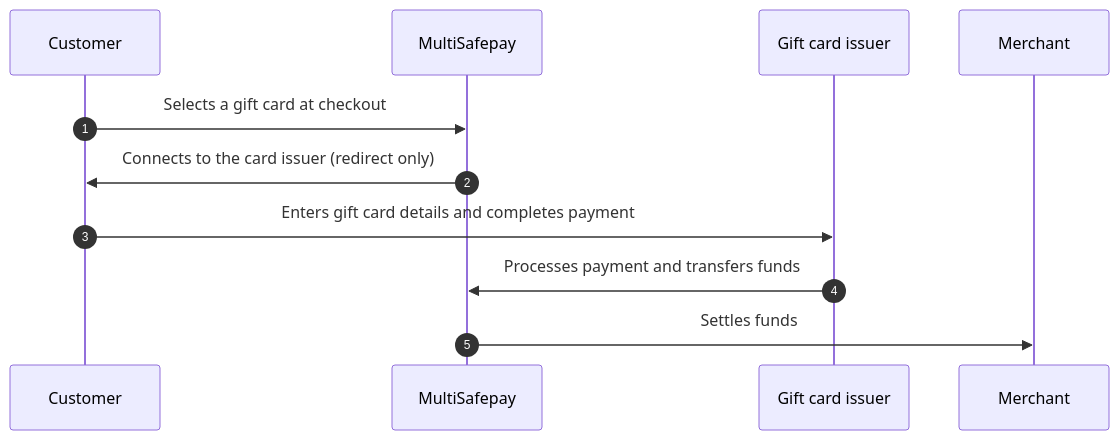
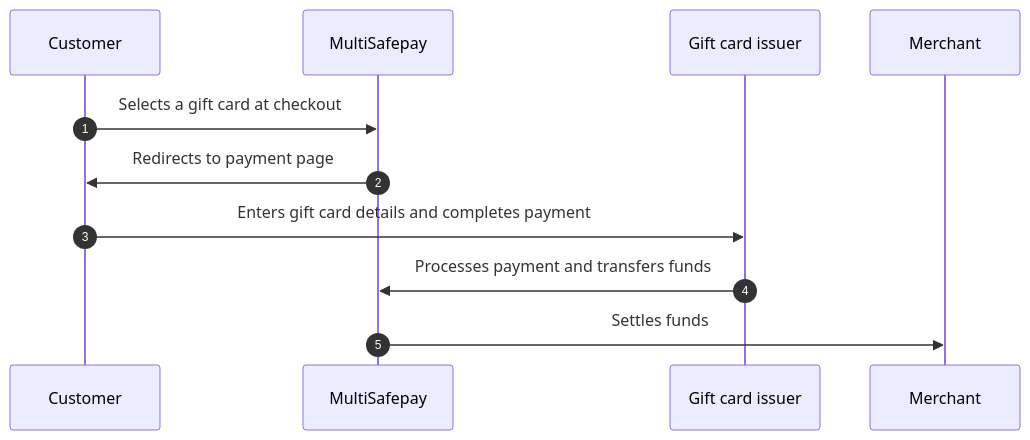
One commit to MultiSafepay/docs changed the diagram in content/payments/methods/prepaid-cards/gift-cards/payment-flow.md. Above: the diagram before and after it, drawn with Mermaid. The commit also changed other lines of this file and 10 other files, not shown here.

```diff
--- a/content/payments/methods/prepaid-cards/gift-cards/payment-flow.md
+++ b/content/payments/methods/prepaid-cards/gift-cards/payment-flow.md
@@ -16,16 +16,16 @@
 {{< mermaid class="text-center" >}}
 
 sequenceDiagram
     autonumber
     participant C as Customer
     participant Mu as MultiSafepay
     participant G as Gift card issuer
     participant Me as Merchant
 
     C->>Mu: Selects a gift card at checkout
-    Mu->>C: Connects to the card issuer (redirect only)
+    Mu->>C: Redirects to payment page
     C->>G: Enters gift card details and completes payment
     G->>Mu: Processes payment and transfers funds 
     Mu->>Me: Settles funds
 
 {{< /mermaid >}}
```
